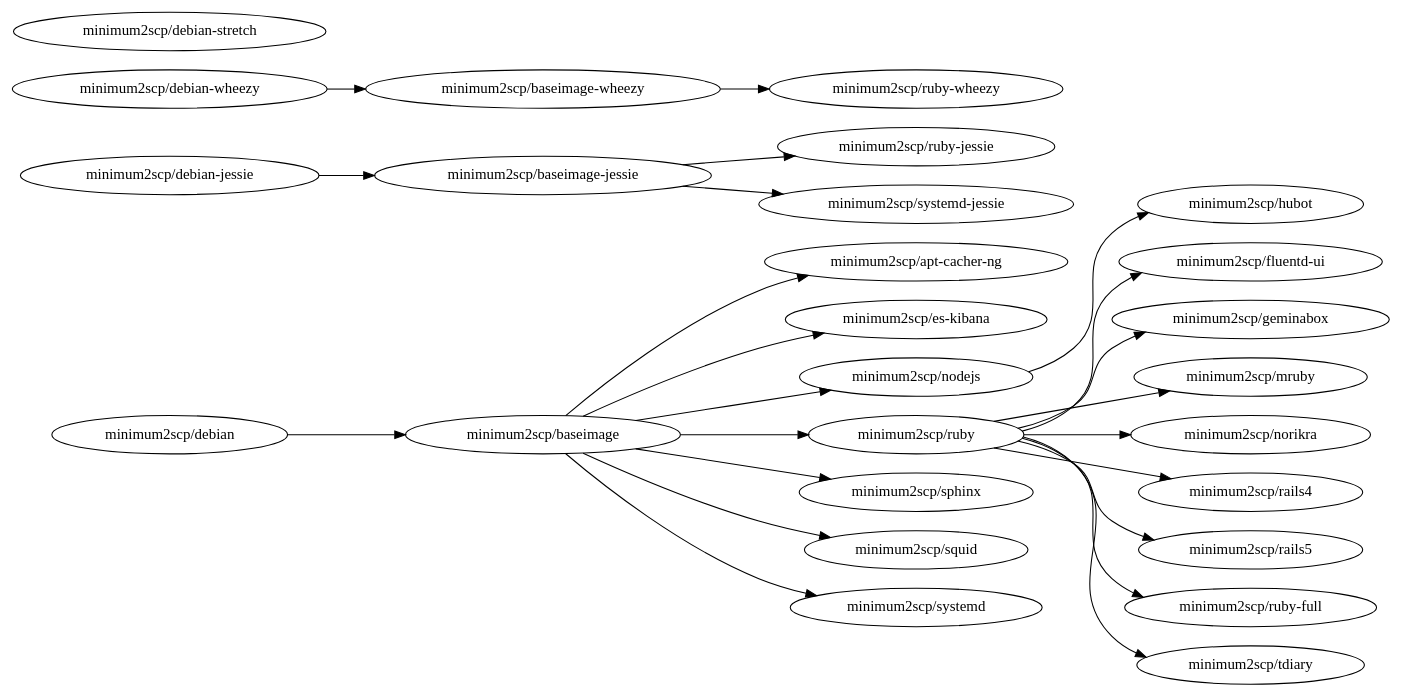
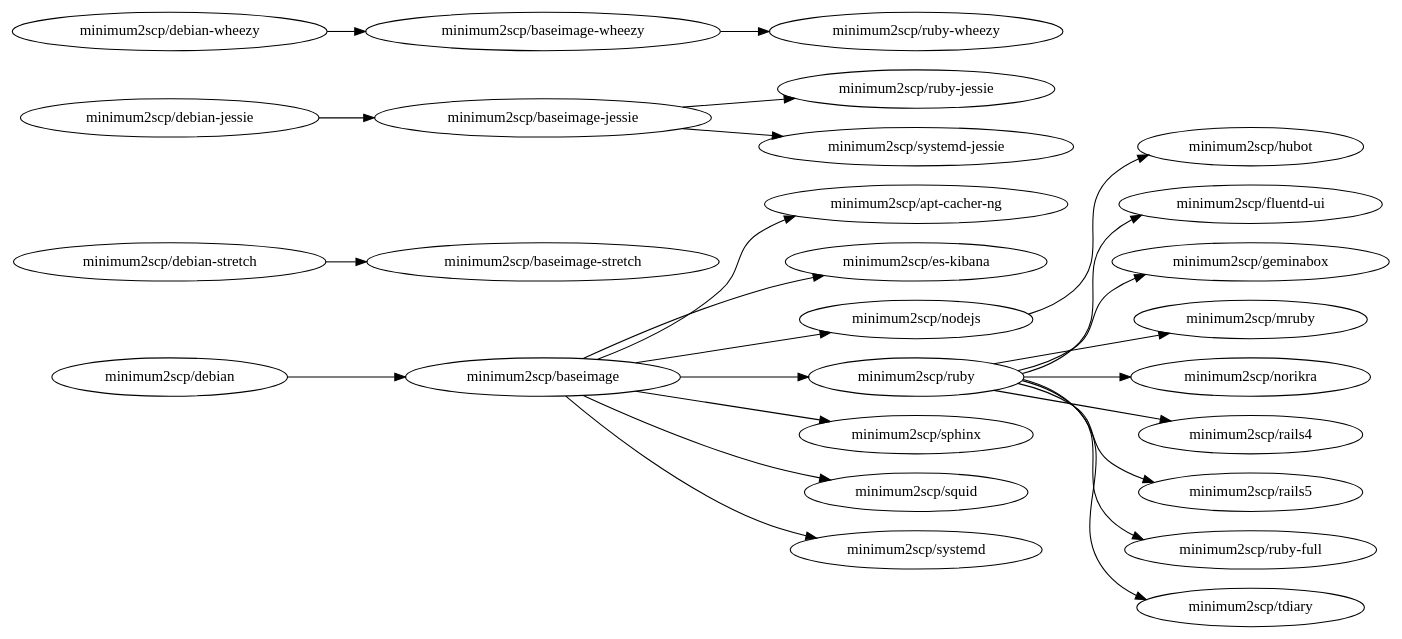
One commit to minimum2scp/dockerfiles changed the diagram in deps.dot. Above: the diagram before and after it, drawn with Graphviz. The commit also changed 29 other files, not shown here.

Commit message:
Added baseimage-stretch image

```diff
--- a/deps.dot
+++ b/deps.dot
@@ -1,45 +1,46 @@
 digraph deps {
   graph        [rankdir = "LR"];
   ratio = auto;
 
 
   acng              [label = "minimum2scp/apt-cacher-ng"];
   baseimage         [label = "minimum2scp/baseimage"];
+  baseimage_stretch [label = "minimum2scp/baseimage-stretch"];
   baseimage_jessie  [label = "minimum2scp/baseimage-jessie"];
   baseimage_wheezy  [label = "minimum2scp/baseimage-wheezy"];
   debian            [label = "minimum2scp/debian"];
   debian_stretch    [label = "minimum2scp/debian-stretch"];
   debian_jessie     [label = "minimum2scp/debian-jessie"];
   debian_wheezy     [label = "minimum2scp/debian-wheezy"];
   es_kibana         [label = "minimum2scp/es-kibana"];
   fluentd_ui        [label = "minimum2scp/fluentd-ui"];
   geminabox         [label = "minimum2scp/geminabox"];
   hubot             [label = "minimum2scp/hubot"];
   mruby             [label = "minimum2scp/mruby"];
   nodejs            [label = "minimum2scp/nodejs"];
   norikra           [label = "minimum2scp/norikra"];
   rails4            [label = "minimum2scp/rails4"];
   rails5            [label = "minimum2scp/rails5"];
   ruby              [label = "minimum2scp/ruby"];
   ruby_full         [label = "minimum2scp/ruby-full"];
   ruby_jessie       [label = "minimum2scp/ruby-jessie"];
   ruby_wheezy       [label = "minimum2scp/ruby-wheezy"];
   sphinx            [label = "minimum2scp/sphinx"];
   squid             [label = "minimum2scp/squid"];
   systemd           [label = "minimum2scp/systemd"];
   systemd_jessie    [label = "minimum2scp/systemd-jessie"];
   tdiary            [label = "minimum2scp/tdiary"];
 
   debian    -> baseimage;
   baseimage -> {acng, es_kibana, nodejs, ruby, sphinx, squid, systemd};
   ruby      -> {fluentd_ui, geminabox, mruby, norikra, rails4, rails5, ruby_full, tdiary};
   nodejs    -> {hubot};
 
-  debian_stretch;
+  debian_stretch   -> baseimage_stretch;
 
   debian_jessie    -> baseimage_jessie;
   baseimage_jessie -> {systemd_jessie, ruby_jessie};
 
   debian_wheezy    -> baseimage_wheezy;
   baseimage_wheezy -> ruby_wheezy;
 }
```
